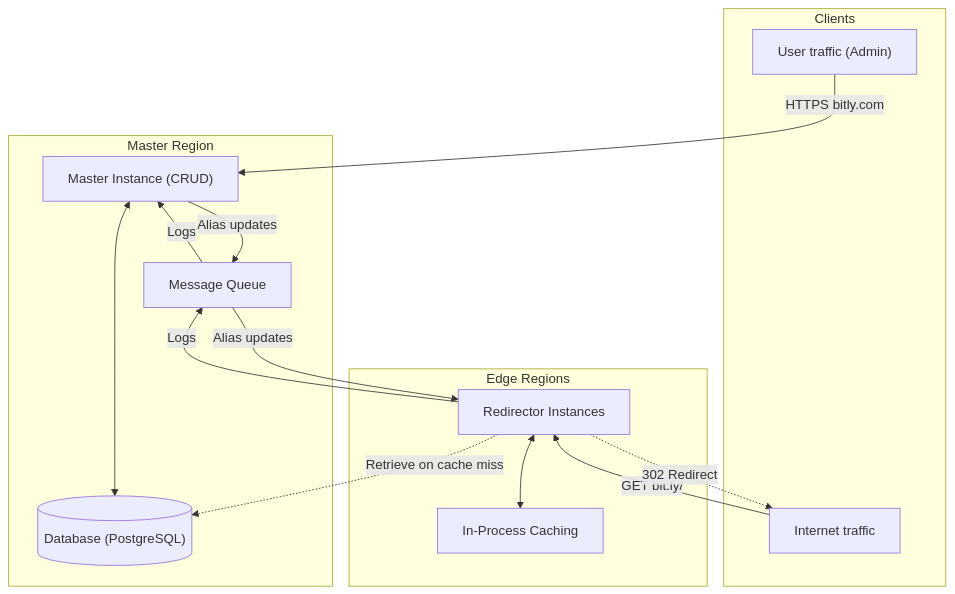
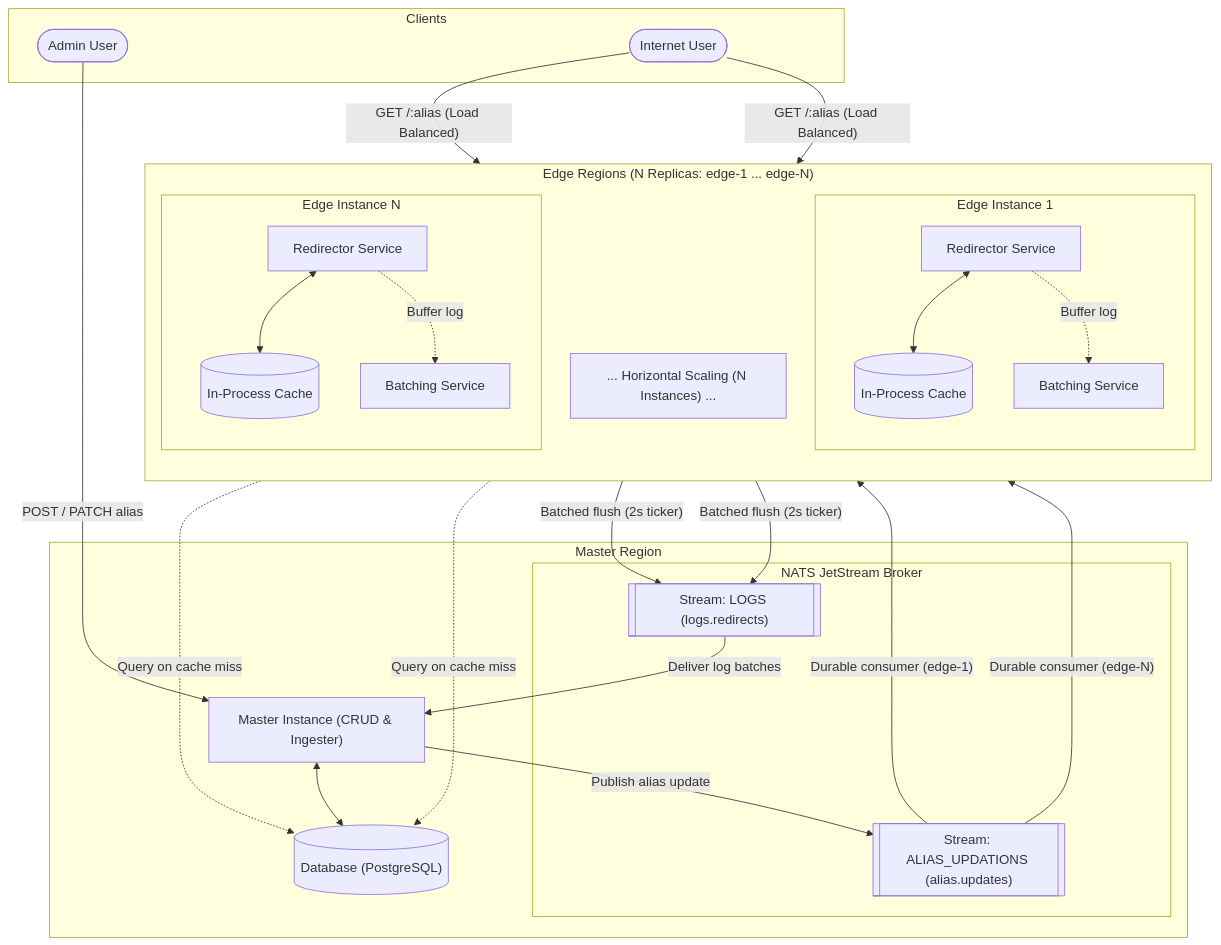
Before and after one commit to AyushmanTripathy/url-shortener: the first of 8 diagrams in Readme.md, drawn with Mermaid. The commit also changed other lines of this file, not shown here.

Commit message:
chore: Updated revision 3 diagrams

````diff
--- a/Readme.md
+++ b/Readme.md
@@ -44,31 +35,55 @@
 ```mermaid
 flowchart TD
     subgraph Clients["Clients"]
-        User["User traffic (Admin)"]
-        Internet["Internet traffic"]
+        Admin(["Admin User"])
+        Internet(["Internet User"])
     end
 
-    subgraph EdgeRegions["Edge Regions"]
-        Redirector["Redirector Instances"]
-        Cache["In-Process Caching"]
-        Redirector <--> Cache
+    subgraph EdgeRegions["Edge Regions (N Replicas: edge-1 ... edge-N)"]
+        direction TB
+        subgraph Edge1["Edge Instance 1"]
+            Redirector1["Redirector Service"]
+            Cache1[("In-Process Cache")]
+            Batcher1["Batching Service"]
+            Redirector1 <--> Cache1
+            Redirector1 -.->|"Buffer log"| Batcher1
+        end
+
+        Dots["... Horizontal Scaling (N Instances) ..."]
+
+        subgraph EdgeN["Edge Instance N"]
+            RedirectorN["Redirector Service"]
+            CacheN[("In-Process Cache")]
+            BatcherN["Batching Service"]
+            RedirectorN <--> CacheN
+            RedirectorN -.->|"Buffer log"| BatcherN
+        end
     end
 
     subgraph MasterRegion["Master Region"]
-        Master["Master Instance (CRUD)"]
-        MQ["Message Queue"]
+        Master["Master Instance (CRUD & Ingester)"]
         DB[("Database (PostgreSQL)")]
 
+        subgraph JetStream["NATS JetStream Broker"]
+            StreamAlias[["Stream: ALIAS_UPDATIONS (alias.updates)"]]
+            StreamLogs[["Stream: LOGS (logs.redirects)"]]
+        end
+
         Master <--> DB
-        Master -->|"Alias updates"| MQ
-        MQ -->|"Logs"| Master
+        Master -->|"Publish alias update"| StreamAlias
+        StreamLogs -->|"Deliver log batches"| Master
     end
 
-    User -->|"HTTPS bitly.com"| Master
-    Internet -->|"GET bit.ly/<alias>"| Redirector
-    Redirector -.->|"302 Redirect"| Internet
+    Admin -->|"POST / PATCH alias"| Master
+    Internet -->|"GET /:alias (Load Balanced)"| Redirector1
+    Internet -->|"GET /:alias (Load Balanced)"| RedirectorN
 
-    Redirector -.->|"Retrieve on cache miss"| DB
-    Redirector -->|"Logs"| MQ
-    MQ -->|"Alias updates"| Redirector
+    Redirector1 -.->|"Query on cache miss"| DB
+    RedirectorN -.->|"Query on cache miss"| DB
+
+    Batcher1 -->|"Batched flush (2s ticker)"| StreamLogs
+    BatcherN -->|"Batched flush (2s ticker)"| StreamLogs
+
+    StreamAlias -->|"Durable consumer (edge-1)"| Redirector1
+    StreamAlias -->|"Durable consumer (edge-N)"| RedirectorN
 ```
````
